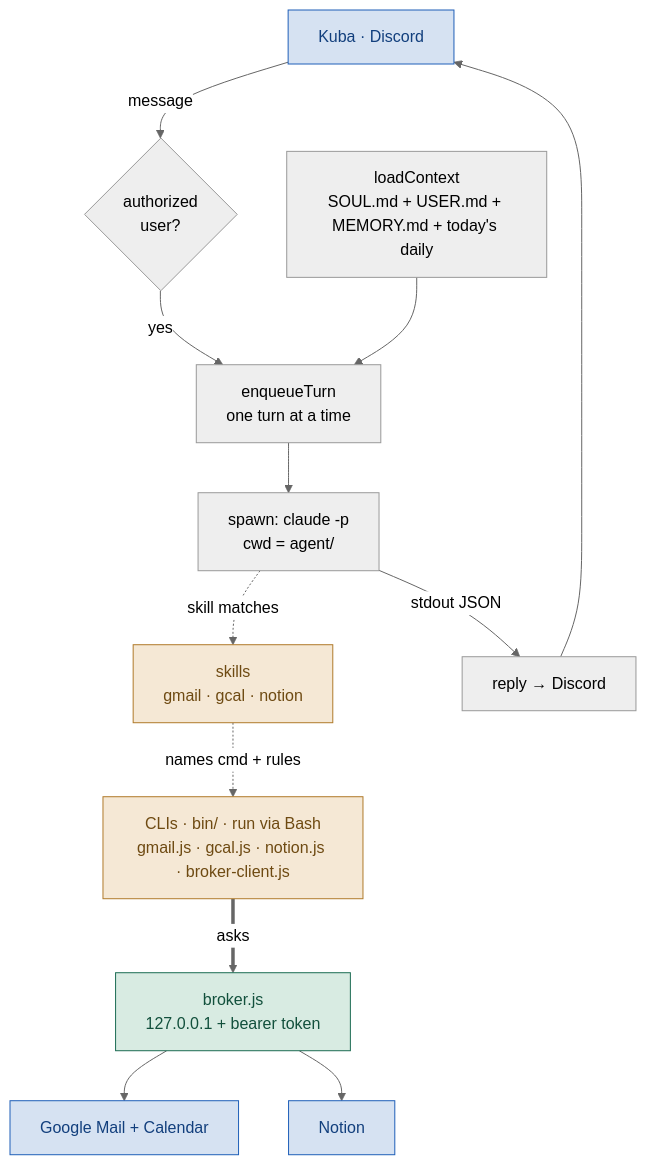
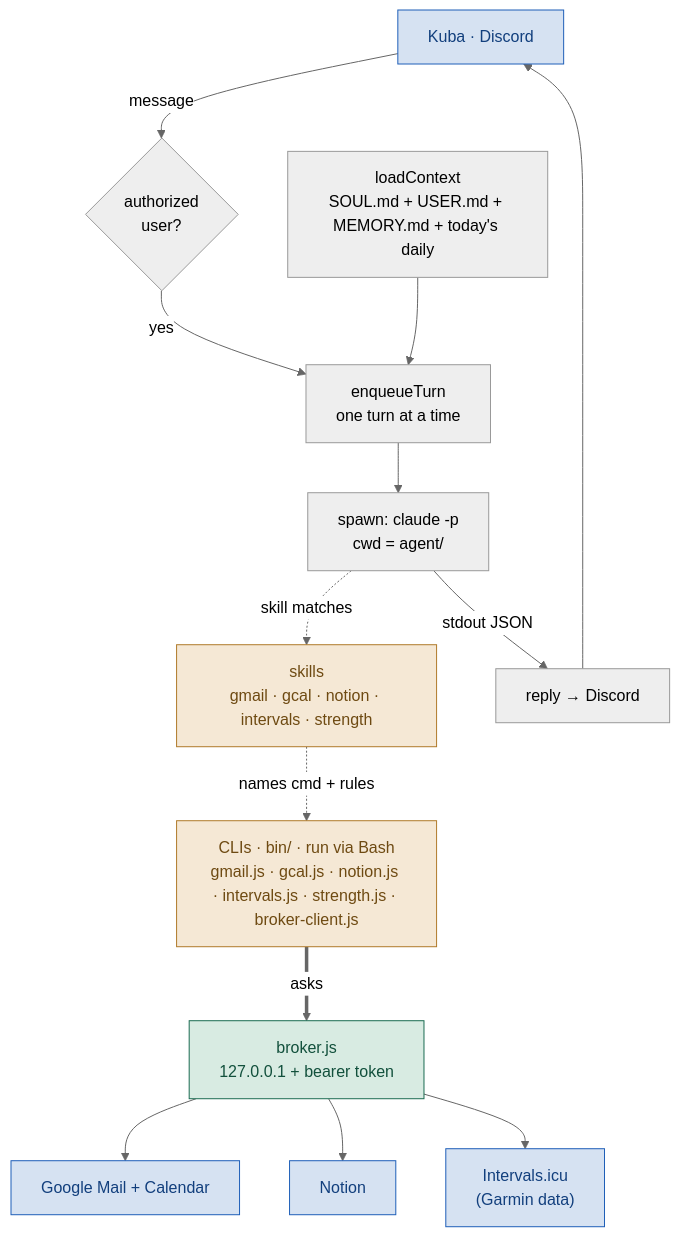
One commit to KubaJerz/alfred-node changed the first of 5 diagrams in SYSTEM-MAP.md. Above: the diagram before and after it, drawn with Mermaid (neutral theme). The commit also changed other lines of this file and 9 other files, not shown here.

````diff
--- a/SYSTEM-MAP.md
+++ b/SYSTEM-MAP.md
@@ -57,20 +57,21 @@
 ```mermaid
 flowchart TD
     U["Kuba · Discord"] -->|message| GATE{"authorized<br/>user?"}
     GATE -->|yes| Q["enqueueTurn<br/>one turn at a time"]
     CTX["loadContext<br/>SOUL.md + USER.md + MEMORY.md + today's daily"] --> Q
     Q --> SPAWN["spawn: claude -p<br/>cwd = agent/"]
-    SPAWN -.->|"skill matches"| SK["skills<br/>gmail · gcal · notion"]
-    SK -.->|"names cmd + rules"| CLIS["CLIs · bin/ · run via Bash<br/>gmail.js · gcal.js · notion.js · broker-client.js"]
+    SPAWN -.->|"skill matches"| SK["skills<br/>gmail · gcal · notion · intervals · strength"]
+    SK -.->|"names cmd + rules"| CLIS["CLIs · bin/ · run via Bash<br/>gmail.js · gcal.js · notion.js · intervals.js · strength.js · broker-client.js"]
     CLIS ==>|"asks"| BR["broker.js<br/>127.0.0.1 + bearer token"]
     BR --> G["Google Mail + Calendar"]
     BR --> N["Notion"]
+    BR --> I["Intervals.icu<br/>(Garmin data)"]
     SPAWN -->|"stdout JSON"| R["reply → Discord"]
     R --> U
     classDef external fill:#d6e2f2,stroke:#1f5fb8,color:#123f7d
     classDef gateway fill:#d8ebe2,stroke:#1b6b52,color:#12503c
     classDef stack fill:#f5e8d5,stroke:#b07a2a,color:#6e4a12
-    class U,G,N external
+    class U,G,N,I external
     class BR gateway
     class SK,CLIS stack
 ```
````
